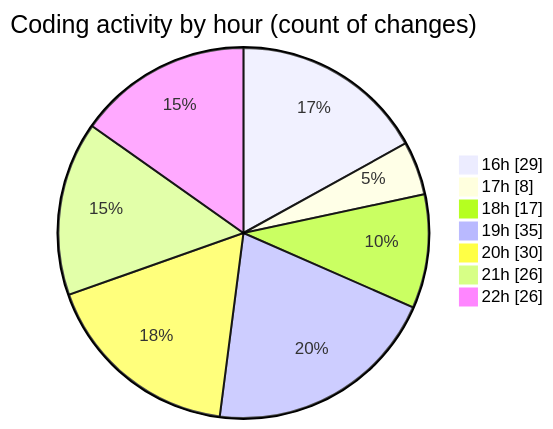
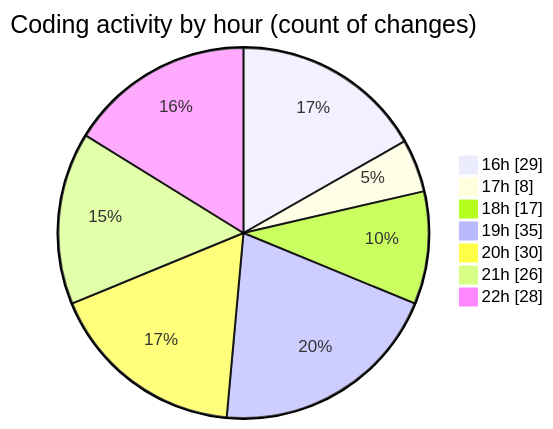
The second of 2 diagrams in 2025-11-01/skintrack/README.md (Netris89/code-tracking), drawn with Mermaid before and after one commit. The commit also changed other lines of this file and 1 other file, not shown here.

````diff
--- a/2025-11-01/skintrack/README.md
+++ b/2025-11-01/skintrack/README.md
@@ -35,11 +35,11 @@
 ```mermaid
 pie showData
 title Coding activity by hour (count of changes)
 "16h" : 29
 "17h" : 8
 "18h" : 17
 "19h" : 35
 "20h" : 30
 "21h" : 26
-"22h" : 26
+"22h" : 28
 ```
````
